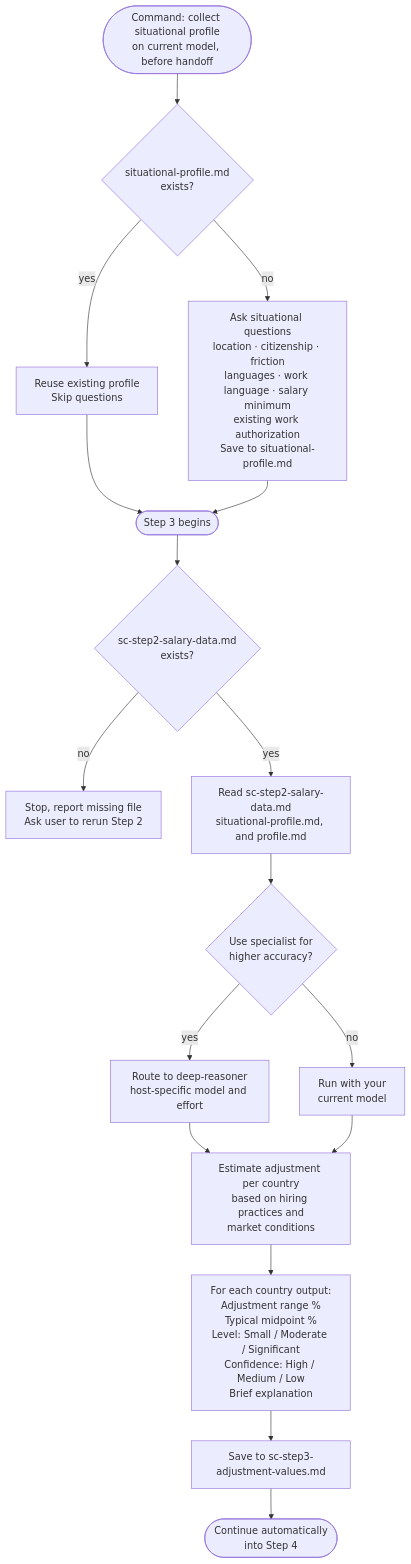
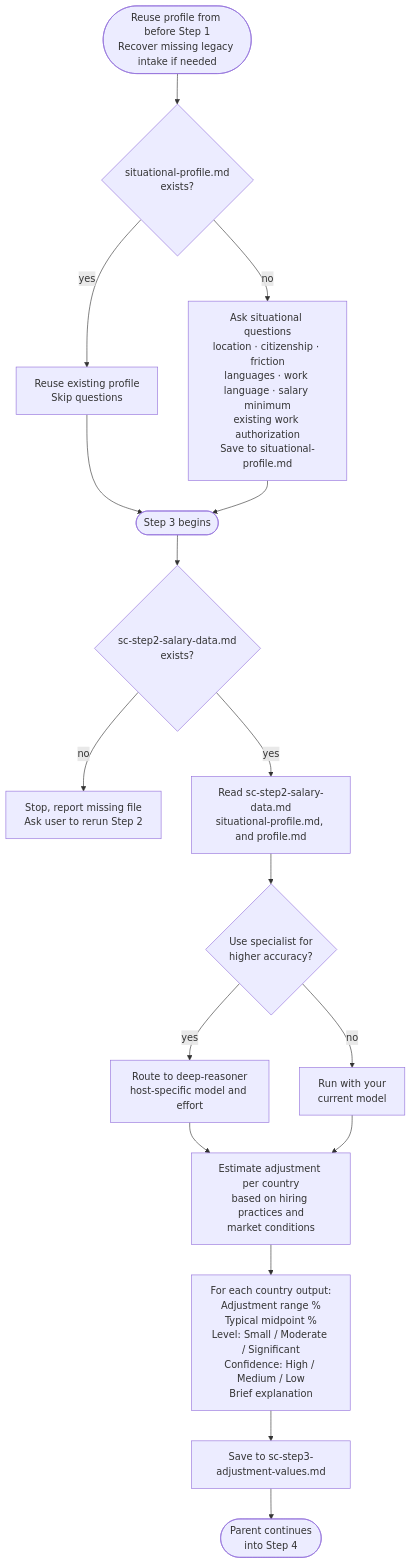
One commit to myowinthein/agent-compass changed the diagram in docs/commands/salary-calculator/step3-international-adjustment.md. Above: the diagram before and after it, drawn with Mermaid. The commit also changed other lines of this file and 41 other files, not shown here.

````diff
--- a/docs/commands/salary-calculator/step3-international-adjustment.md
+++ b/docs/commands/salary-calculator/step3-international-adjustment.md
@@ -16,19 +16,19 @@
 ```mermaid
 flowchart TD
-  Start([Command: collect situational profile\non current model, before handoff]) --> SitCheck{situational-profile.md\nexists?}
+  Start([Reuse profile from before Step 1\nRecover missing legacy intake if needed]) --> SitCheck{situational-profile.md\nexists?}
   SitCheck -->|yes| ReuseSit[Reuse existing profile\nSkip questions]
   SitCheck -->|no| SitQ[Ask situational questions\nlocation · citizenship · friction\nlanguages · work language · salary minimum\nexisting work authorization\nSave to situational-profile.md]
   ReuseSit --> Begin
   SitQ --> Begin
   Begin([Step 3 begins]) --> FileCheck{sc-step2-salary-data.md\nexists?}
   FileCheck -->|no| Error[Stop, report missing file\nAsk user to rerun Step 2]
   FileCheck -->|yes| ReadFile[Read sc-step2-salary-data.md\nsituational-profile.md, and profile.md]
   ReadFile --> SpecialistQ{Use specialist for\nhigher accuracy?}
   SpecialistQ -->|yes| DeepReasoner[Route to deep-reasoner\nhost-specific model and effort]
   SpecialistQ -->|no| CurrentModel[Run with your\ncurrent model]
   DeepReasoner --> Estimate
   CurrentModel --> Estimate
   Estimate[Estimate adjustment per country\nbased on hiring practices and\nmarket conditions] --> Output[For each country output:\nAdjustment range %\nTypical midpoint %\nLevel: Small / Moderate / Significant\nConfidence: High / Medium / Low\nBrief explanation]
   Output --> Save[Save to sc-step3-adjustment-values.md]
-  Save --> Done([Continue automatically\ninto Step 4])
+  Save --> Done([Parent continues\ninto Step 4])
 ```
````
